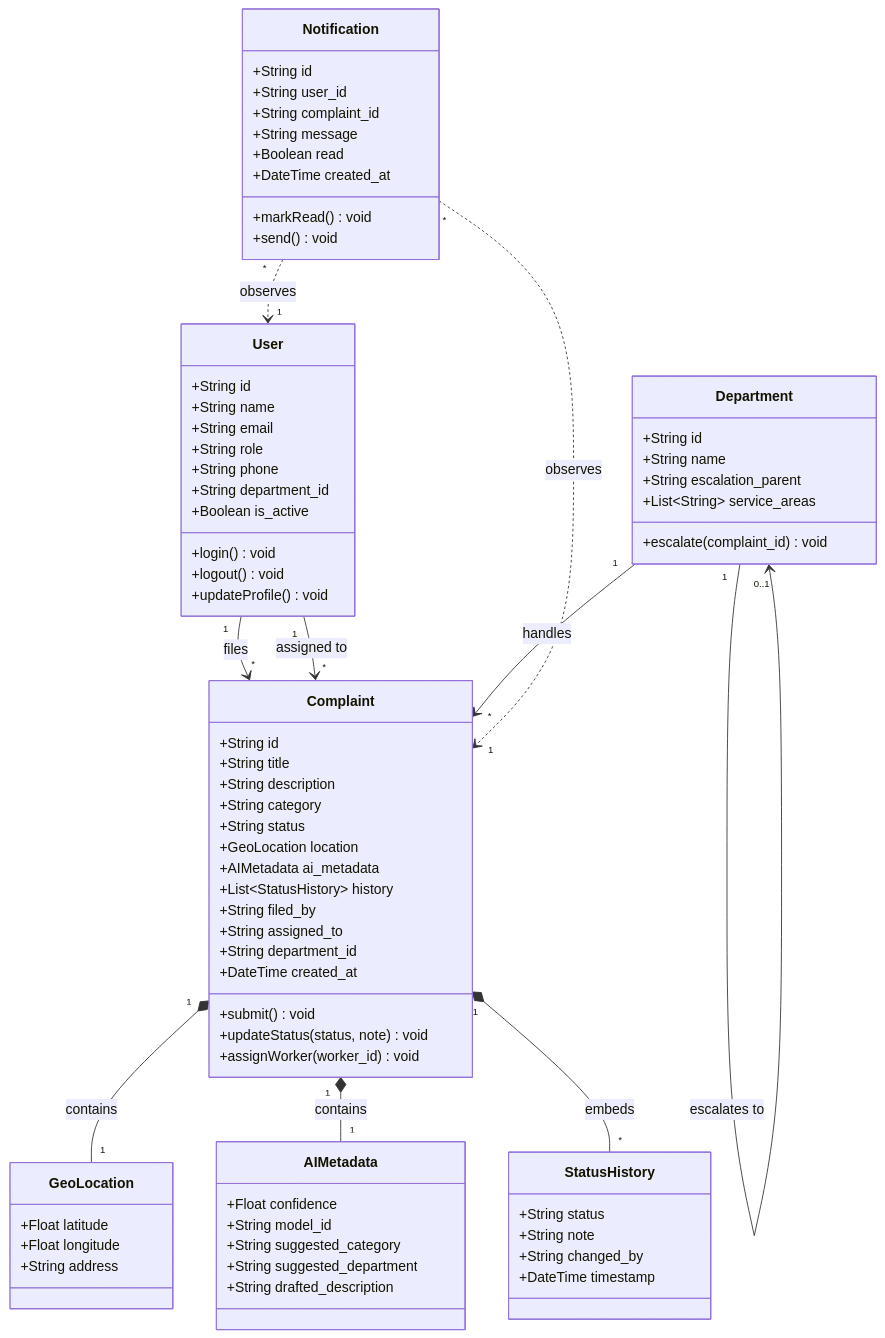
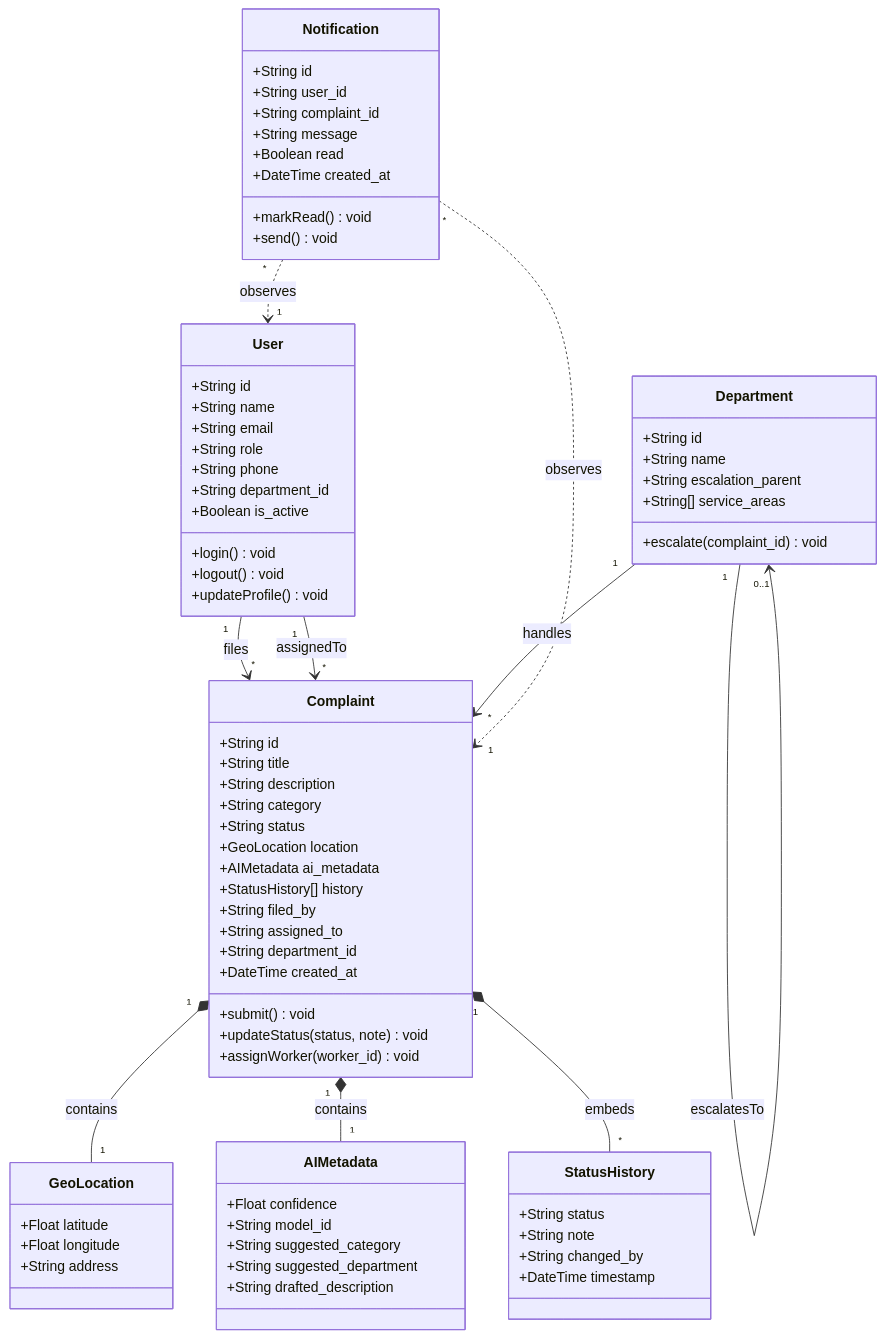
The sixth of 10 diagrams in docs/DIAGRAMS.md (ark5234/Jan-Sunwai-AI), drawn with Mermaid before and after one commit. The commit also changed other lines of this file and 14 other files, not shown here.

Commit message:
docs: add system design and implementation planning chapters with architecture diagrams to project report

````diff
--- a/docs/DIAGRAMS.md
+++ b/docs/DIAGRAMS.md
@@ -273,7 +256,7 @@
         +String status
         +GeoLocation location
         +AIMetadata ai_metadata
-        +List~StatusHistory~ history
+        +StatusHistory[] history
         +String filed_by
         +String assigned_to
         +String department_id
@@ -308,7 +291,7 @@
         +String id
         +String name
         +String escalation_parent
-        +List~String~ service_areas
+        +String[] service_areas
         +escalate(complaint_id) void
     }
 
@@ -327,9 +310,9 @@
     Complaint "1" *-- "1" AIMetadata : contains
     Complaint "1" *-- "*" StatusHistory : embeds
     User "1" --> "*" Complaint : files
-    User "1" --> "*" Complaint : assigned to
+    User "1" --> "*" Complaint : assignedTo
     Department "1" --> "*" Complaint : handles
-    Department "1" --> "0..1" Department : escalates to
+    Department "1" --> "0..1" Department : escalatesTo
     Notification "*" ..> "1" User : observes
     Notification "*" ..> "1" Complaint : observes
 ```
````
